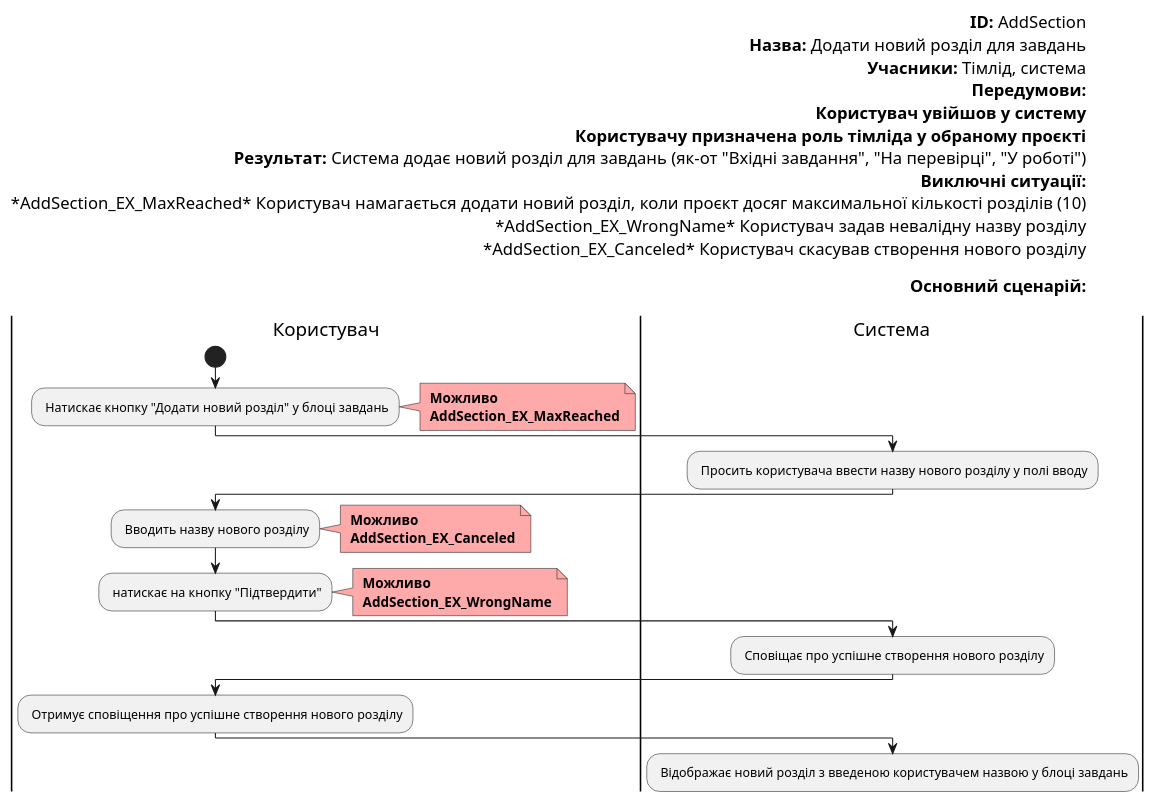
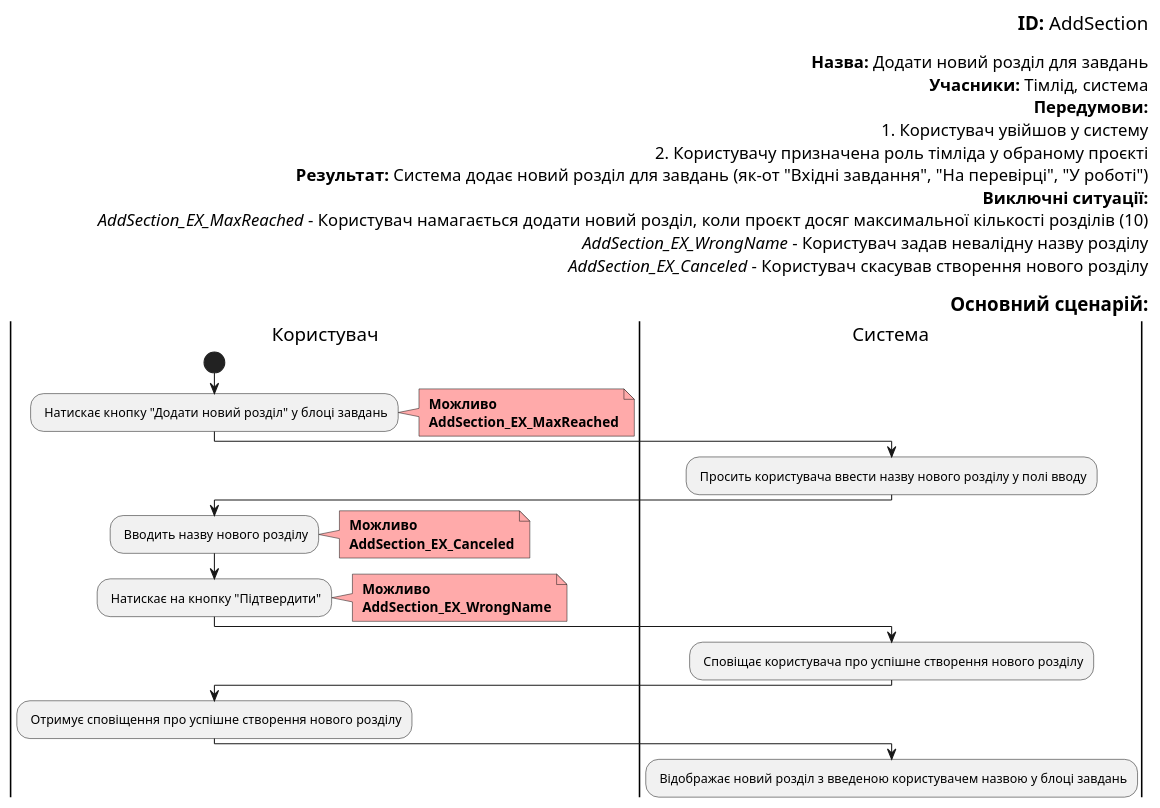
One commit to boldak/edu-db-cw changed the tenth of 19 diagrams in docs/use cases/README.md. Above: the diagram before and after it, drawn with PlantUML. The commit also changed other lines of this file, not shown here.

```diff
--- a/docs/use cases/README.md
+++ b/docs/use cases/README.md
@@ -543,54 +543,54 @@
 @startuml
 
-    left header        
-        <font color=000 size=16><b>ID:</b> AddSection
+    right header        
+        <font color=000 size=18><b>ID:</b> AddSection
+
         <font color=000 size=16><b>Назва:</b> Додати новий розділ для завдань
         <font color=000 size=16><b>Учасники:</b> Тімлід, система
         <font color=000 size=16><b>Передумови:</b> 
-        <font color=000 size=16><b> Користувач увійшов у систему
-        <font color=000 size=16><b> Користувачу призначена роль тімліда у обраному проєкті
+        <font color=000 size=16> 1. Користувач увійшов у систему
+        <font color=000 size=16> 2. Користувачу призначена роль тімліда у обраному проєкті
         <font color=000 size=16><b>Результат:</b> Система додає новий розділ для завдань (як-от "Вхідні завдання", "На перевірці", "У роботі")
         <font color=000 size=16><b>Виключні ситуації:</b>
-        <font color=000 size=16> *AddSection_EX_MaxReached* Користувач намагається додати новий розділ, коли проєкт досяг максимальної кількості розділів (10)
-        <font color=000 size=16> *AddSection_EX_WrongName* Користувач задав невалідну назву розділу
-        <font color=000 size=16> *AddSection_EX_Canceled* Користувач скасував створення нового розділу
+        <font color=000 size=16><i>AddSection_EX_MaxReached</i> - Користувач намагається додати новий розділ, коли проєкт досяг максимальної кількості розділів (10)
+        <font color=000 size=16><i>AddSection_EX_WrongName</i> - Користувач задав невалідну назву розділу
+        <font color=000 size=16><i>AddSection_EX_Canceled</i> - Користувач скасував створення нового розділу
 
-        <font color=000 size=16><b>Основний сценарій:</b>
-        
+        <font color=000 size=18><b>Основний сценарій:</b>
     end header
 
     |Користувач|
         start
         : Натискає кнопку "Додати новий розділ" у блоці завдань;
         note right #ffaaaa
         <b> Можливо
         <b> AddSection_EX_MaxReached
         end note
 
     |Система|
         : Просить користувача ввести назву нового розділу у полі вводу;
 
     |Користувач|
         : Вводить назву нового розділу;
         note right #ffaaaa
         <b> Можливо
         <b> AddSection_EX_Canceled
         end note
 
     |Користувач|
-        : натискає на кнопку "Підтвердити";
+        : Натискає на кнопку "Підтвердити";
         note right #ffaaaa
         <b> Можливо
         <b> AddSection_EX_WrongName
         end note
 
     |Система|
-        : Сповіщає про успішне створення нового розділу;
+        : Сповіщає користувача про успішне створення нового розділу;
 
     |Користувач|
         : Отримує сповіщення про успішне створення нового розділу;  
 
     |Система|
         : Відображає новий розділ з введеною користувачем назвою у блоці завдань;  
 
 @enduml
```
